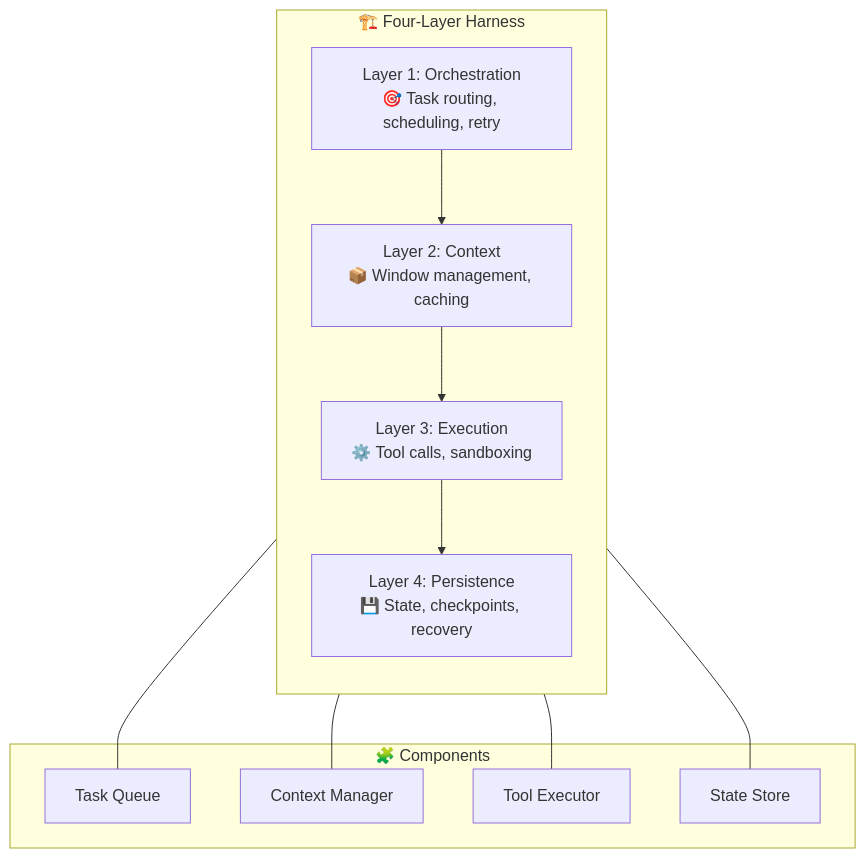
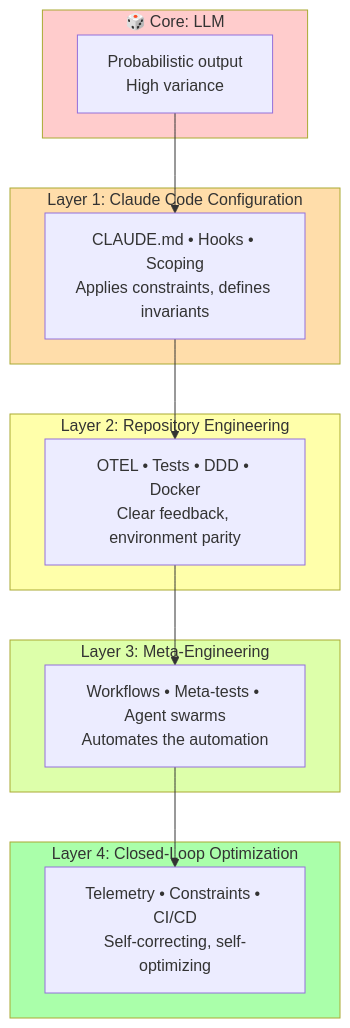
Before and after one commit to Just-Understanding-Data-Ltd/compound-engineering-book: the first of 3 diagrams in assets/diagrams/ch13-harness-architecture.md, drawn with Mermaid. The commit also changed other lines of this file and 2 other files, not shown here.

First line of the commit message:
[chapter]: Complete ch13 diagrams complete milestone - ITERATION 16

````diff
--- a/assets/diagrams/ch13-harness-architecture.md
+++ b/assets/diagrams/ch13-harness-architecture.md
@@ -8,24 +9,30 @@
 ```mermaid
 flowchart TB
-    subgraph Harness["🏗️ Four-Layer Harness"]
-        direction TB
-        L1["Layer 1: Orchestration\n🎯 Task routing, scheduling, retry"]
-        L2["Layer 2: Context\n📦 Window management, caching"]
-        L3["Layer 3: Execution\n⚙️ Tool calls, sandboxing"]
-        L4["Layer 4: Persistence\n💾 State, checkpoints, recovery"]
-
-        L1 --> L2 --> L3 --> L4
+    subgraph Core["🎲 Core: LLM"]
+        LLM["Probabilistic output<br/>High variance"]
     end
 
-    subgraph Components["🧩 Components"]
-        C1["Task Queue"]
-        C2["Context Manager"]
-        C3["Tool Executor"]
-        C4["State Store"]
+    subgraph Layer1["Layer 1: Claude Code Configuration"]
+        L1["CLAUDE.md • Hooks • Scoping<br/>Applies constraints, defines invariants"]
     end
 
-    L1 --- C1
-    L2 --- C2
-    L3 --- C3
-    L4 --- C4
+    subgraph Layer2["Layer 2: Repository Engineering"]
+        L2["OTEL • Tests • DDD • Docker<br/>Clear feedback, environment parity"]
+    end
+
+    subgraph Layer3["Layer 3: Meta-Engineering"]
+        L3["Workflows • Meta-tests • Agent swarms<br/>Automates the automation"]
+    end
+
+    subgraph Layer4["Layer 4: Closed-Loop Optimization"]
+        L4["Telemetry • Constraints • CI/CD<br/>Self-correcting, self-optimizing"]
+    end
+
+    LLM --> L1 --> L2 --> L3 --> L4
+
+    style Core fill:#ffcccc
+    style Layer1 fill:#ffddaa
+    style Layer2 fill:#ffffaa
+    style Layer3 fill:#ddffaa
+    style Layer4 fill:#aaffaa
 ```
````
